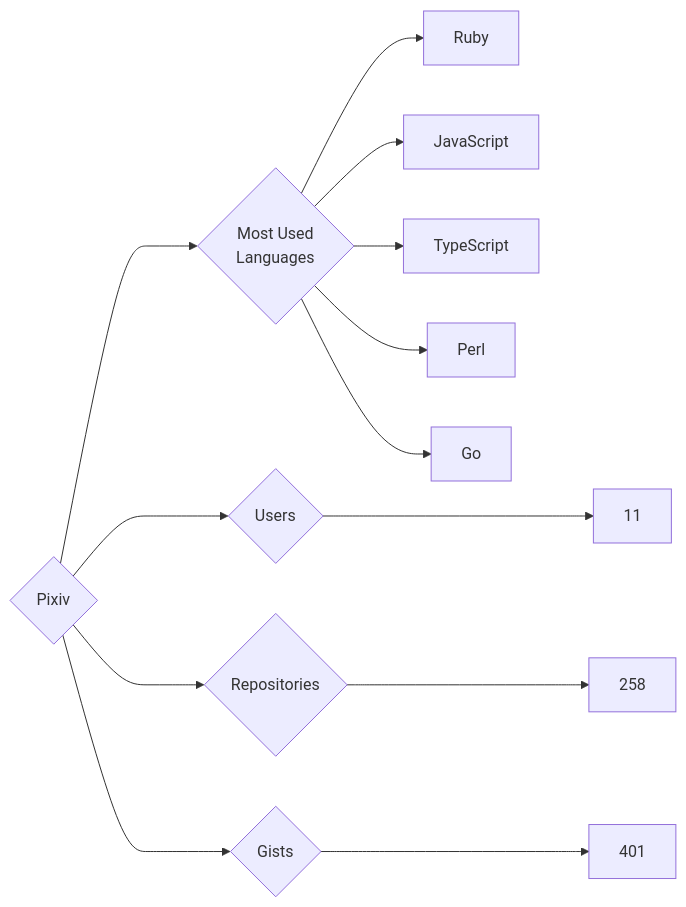
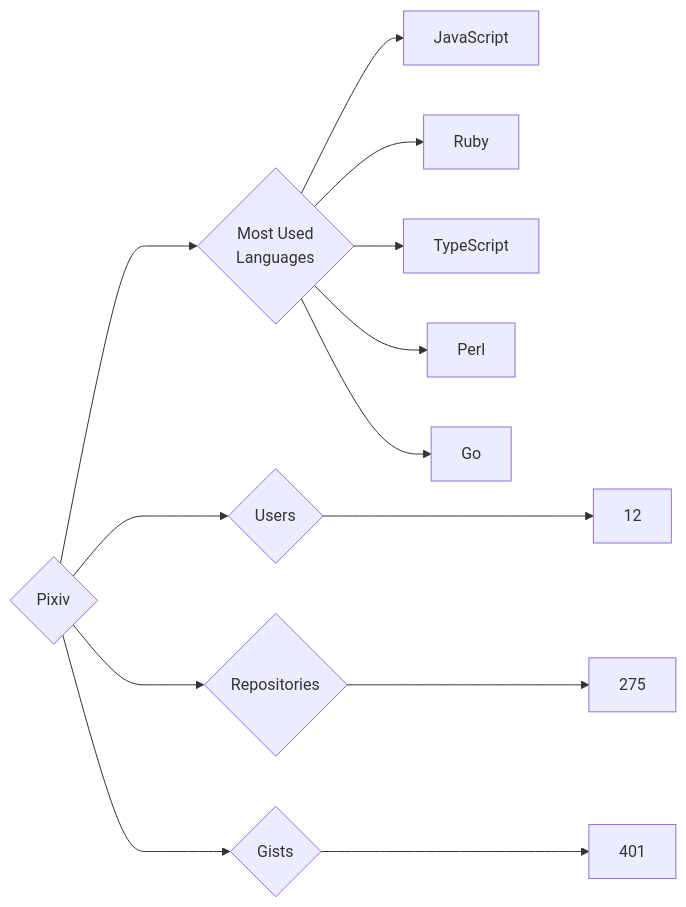
The diagram in targets/Pixiv/README.md (trickest/insiders), drawn with Mermaid before and after one commit. The commit also changed 823 other files, not shown here.

````diff
--- a/targets/Pixiv/README.md
+++ b/targets/Pixiv/README.md
@@ -3,13 +3,13 @@
 ```mermaid
 graph LR
 COMPANY_NAME{Pixiv}
-COMPANY_NAME ---> U{Users} ---> UN[11]
-COMPANY_NAME ---> R{Repositories} ---> RN[258]
+COMPANY_NAME ---> U{Users} ---> UN[12]
+COMPANY_NAME ---> R{Repositories} ---> RN[275]
 COMPANY_NAME ---> G{Gists} ---> GN[401]
 COMPANY_NAME ---> ML{Most Used<br>Languages}
+ML --> JavaScript[JavaScript]
 ML --> Ruby[Ruby]
-ML --> JavaScript[JavaScript]
 ML --> TypeScript[TypeScript]
 ML --> Perl[Perl]
 ML --> Go[Go]
 ```
````
